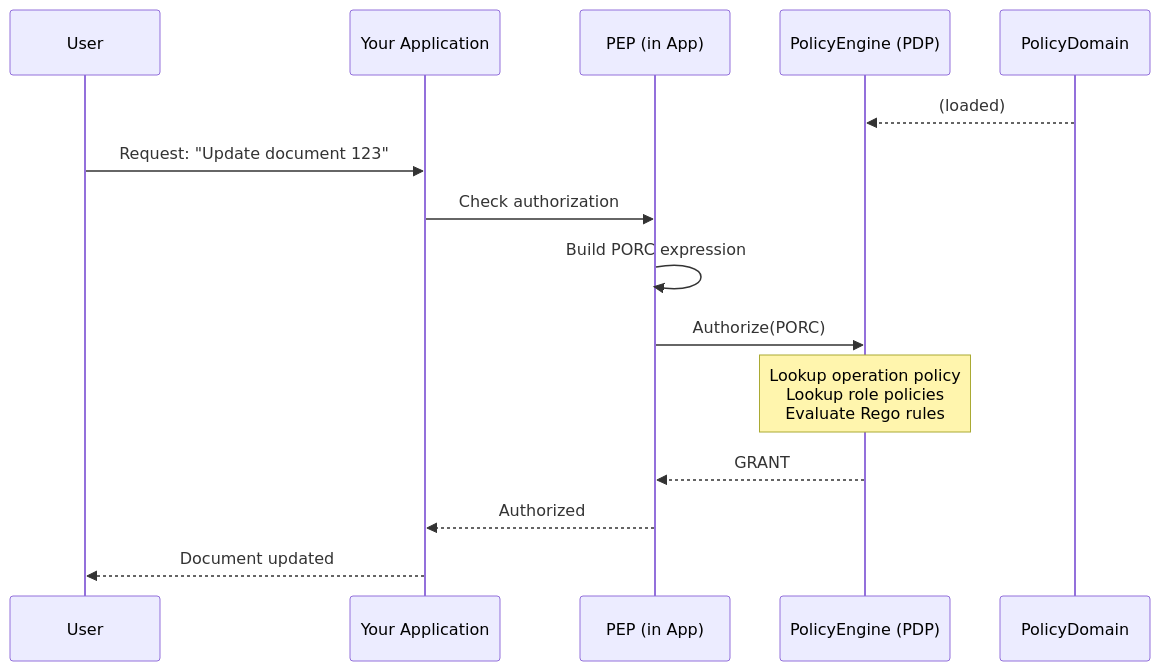
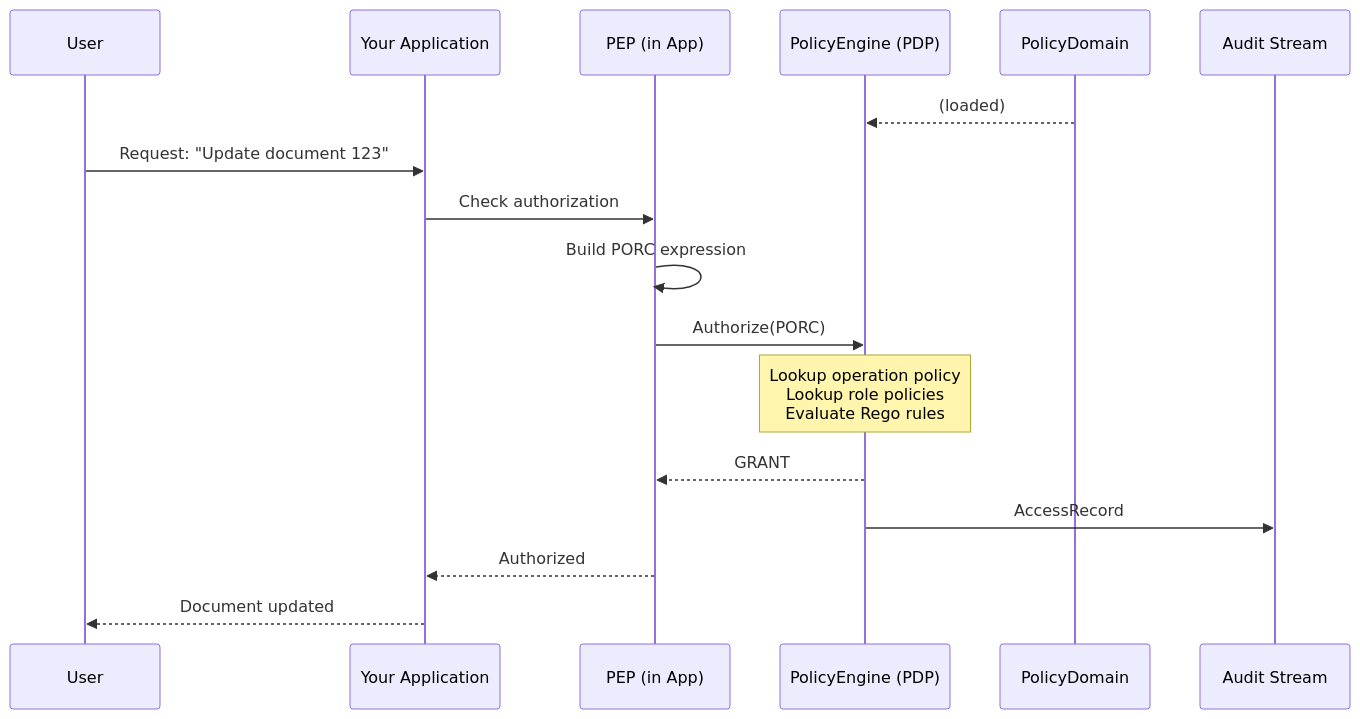
The fifth of 5 diagrams in docs/docs/how-it-works.md (manetu/policyengine), drawn with Mermaid before and after one commit. The commit also changed other lines of this file and 5 other files, not shown here.

Commit message:
Add Audit/AccessRecord details

````diff
--- a/docs/docs/how-it-works.md
+++ b/docs/docs/how-it-works.md
@@ -173,19 +176,21 @@
 ```mermaid
 sequenceDiagram
     participant User
     participant App as Your Application
     participant PEP as PEP (in App)
     participant PDP as PolicyEngine (PDP)
     participant PD as PolicyDomain
+    participant Audit as Audit Stream
 
     PD-->>PDP: (loaded)
 
     User->>App: Request: "Update document 123"
     App->>PEP: Check authorization
     PEP->>PEP: Build PORC expression
     PEP->>PDP: Authorize(PORC)
     Note over PDP: Lookup operation policy<br/>Lookup role policies<br/>Evaluate Rego rules
     PDP-->>PEP: GRANT
+    PDP->>Audit: AccessRecord
     PEP-->>App: Authorized
     App-->>User: Document updated
 ```
````
